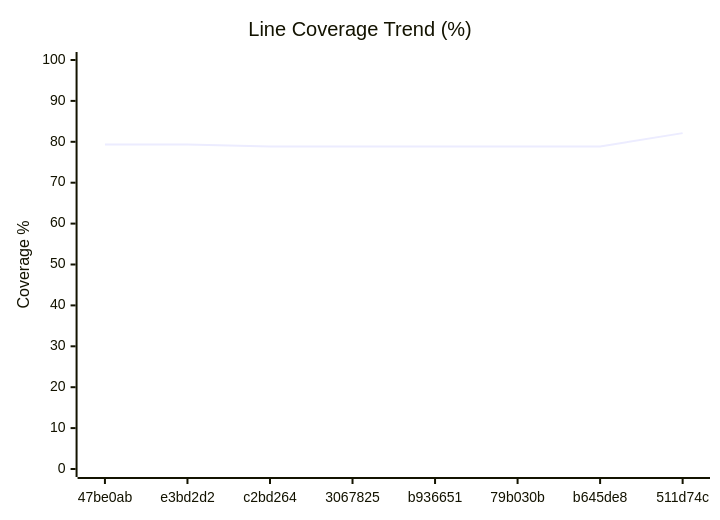
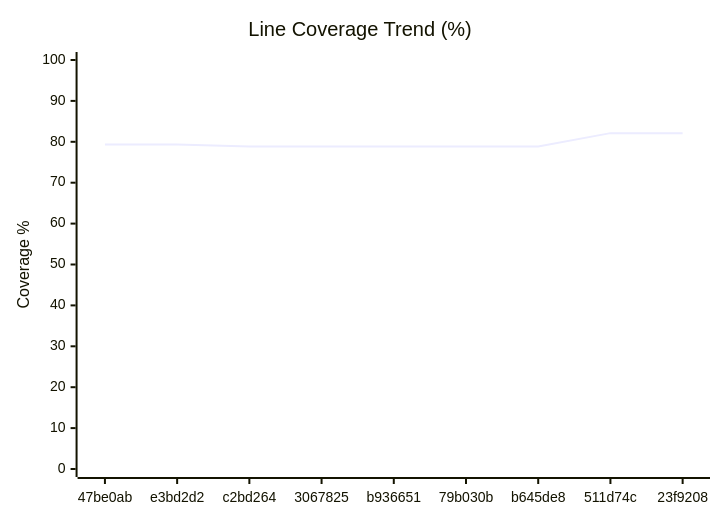
One commit to googlemaps/android-maps-testing changed the diagram in COVERAGE.md. Above: the diagram before and after it, drawn with Mermaid. The commit also changed other lines of this file and 2 other files, not shown here.

Commit message:
chore: record unit coverage

````diff
--- a/COVERAGE.md
+++ b/COVERAGE.md
@@ -52,7 +52,7 @@
 ```mermaid
 xychart-beta
     title "Line Coverage Trend (%)"
-    x-axis ["47be0ab", "e3bd2d2", "c2bd264", "3067825", "b936651", "79b030b", "b645de8", "511d74c"]
+    x-axis ["47be0ab", "e3bd2d2", "c2bd264", "3067825", "b936651", "79b030b", "b645de8", "511d74c", "23f9208"]
     y-axis "Coverage %" 0 --> 100
-    line [79.34, 79.34, 78.88, 78.88, 78.88, 78.88, 78.88, 82.12]
+    line [79.34, 79.34, 78.88, 78.88, 78.88, 78.88, 78.88, 82.12, 82.12]
 ```
````
